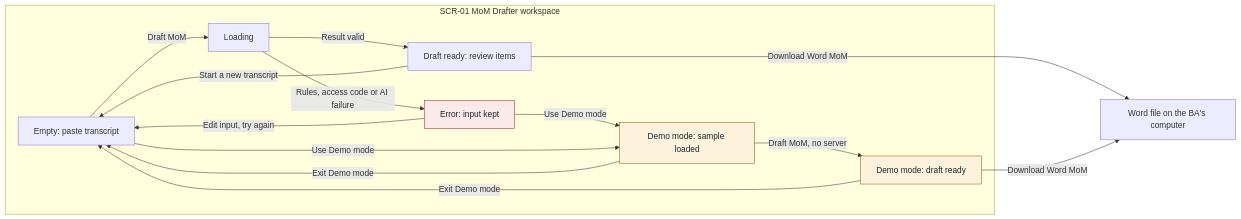
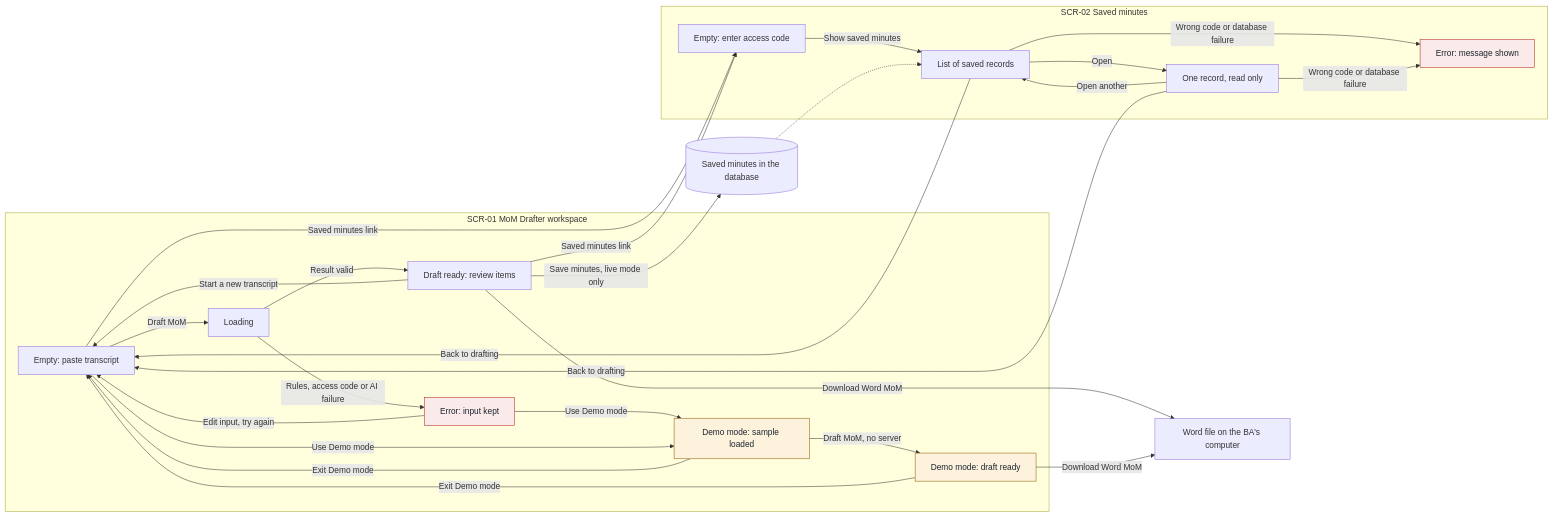
Before and after one commit to VietNgoDinh/ba-hackathon-meetingscribebot: the diagram in deliverables/proposal/A4-screens.md, drawn with Mermaid. The commit also changed other lines of this file and 19 other files, not shown here.

Commit message:
Update the pack for saved minutes: spec, proposal, deck, demo script

````diff
--- a/deliverables/proposal/A4-screens.md
+++ b/deliverables/proposal/A4-screens.md
@@ -13,30 +14,50 @@
 ```mermaid
 flowchart LR
   subgraph SCR01["SCR-01 MoM Drafter workspace"]
     E["Empty: paste transcript"]
     L["Loading"]
     R["Draft ready: review items"]
     X["Error: input kept"]
     D["Demo mode: sample loaded"]
     DR["Demo mode: draft ready"]
   end
   F["Word file on the BA's computer"]
 
   E -- "Draft MoM" --> L
   L -- "Result valid" --> R
   L -- "Rules, access code or AI failure" --> X
   X -- "Edit input, try again" --> E
   X -- "Use Demo mode" --> D
   E -- "Use Demo mode" --> D
   D -- "Draft MoM, no server" --> DR
   DR -- "Exit Demo mode" --> E
   D -- "Exit Demo mode" --> E
   R -- "Download Word MoM" --> F
   DR -- "Download Word MoM" --> F
   R -- "Start a new transcript" --> E
 
+  subgraph SCR02["SCR-02 Saved minutes"]
+    SE["Empty: enter access code"]
+    SL["List of saved records"]
+    SD["One record, read only"]
+    SX["Error: message shown"]
+  end
+  DB[("Saved minutes in the database")]
+
+  R -- "Save minutes, live mode only" --> DB
+  E -- "Saved minutes link" --> SE
+  R -- "Saved minutes link" --> SE
+  SE -- "Show saved minutes" --> SL
+  SL -- "Open" --> SD
+  SL -- "Wrong code or database failure" --> SX
+  SD -- "Wrong code or database failure" --> SX
+  SD -- "Open another" --> SL
+  SL -- "Back to drafting" --> E
+  SD -- "Back to drafting" --> E
+  DB -.-> SL
+
   classDef demo fill:#fdf3dc,stroke:#8a5a00,color:#1c2430
   classDef err fill:#fbeaea,stroke:#b3261e,color:#1c2430
   class D,DR demo
-  class X err
+  class X,SX err
 ```
````
